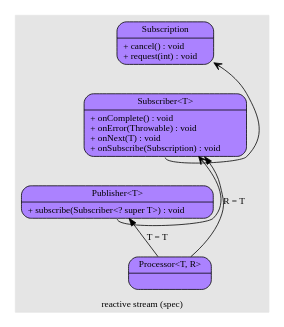
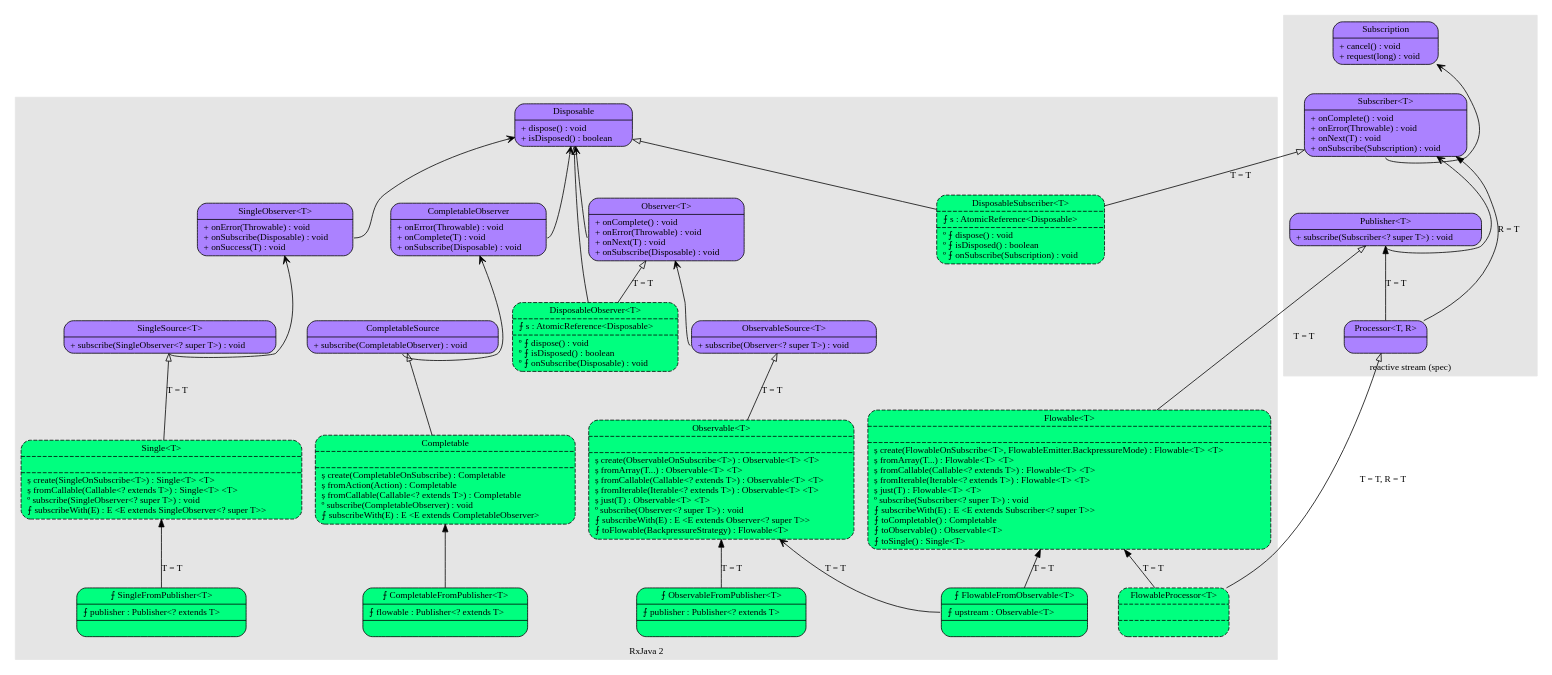
Before and after one commit to chris0103/spider-net: the diagram in reactive/rxjava2.dot, drawn with Graphviz. The commit also changed 1 other file, not shown here.

```diff
--- a/reactive/rxjava2.dot
+++ b/reactive/rxjava2.dot
@@ -1,48 +1,97 @@
 digraph reactive {
 	rankdir = BT;
     fontname = "Verdana";
     fontsize = 12;
     node [fontname = "Verdana", fontsize = 12, shape = "record"];
     edge [fontname = "Verdana", fontsize = 12];
     
 	subgraph cluster25 {
 		label = "reactive stream (spec)";
 		style = filled;
 		color = grey90;
 		Processor [label = "{<f0>Processor&lt;T, R&gt;|}", style = "rounded, filled", fillcolor = "mediumpurple1"];
 		Publisher [label = "{<f0>Publisher&lt;T&gt;|<f2>+ subscribe(Subscriber&lt;? super T&gt;) : void\l}", style = "rounded, filled", fillcolor = "mediumpurple1"];
 		Subscriber [label = "{<f0>Subscriber&lt;T&gt;|<f2>+ onComplete() : void\l+ onError(Throwable) : void\l+ onNext(T) : void\l+ onSubscribe(Subscription) : void\l}", style = "rounded, filled", fillcolor = "mediumpurple1"];
-		Subscription [label = "{<f0>Subscription|<f2>+ cancel() : void\l+ request(int) : void\l}", style = "rounded, filled", fillcolor = "mediumpurple1"];
+		Subscription [label = "{<f0>Subscription|<f2>+ cancel() : void\l+ request(long) : void\l}", style = "rounded, filled", fillcolor = "mediumpurple1"];
 	}
 	
 	subgraph cluster75 {
-		label = "";
+		label = "RxJava 2";
 		style = filled;
 		color = grey90;
+		Completable [label = "{<f0>Completable|<f1>|<f2>&#537; create(CompletableOnSubscribe) : Completable\l&#537; fromAction(Action) : Completable\l&#537; fromCallable(Callable&lt;? extends T&gt;) : Completable\l&#186; subscribe(CompletableObserver) : void\l&#10765; subscribeWith(E) : E &lt;E extends CompletableObserver&gt;\l}", style = "rounded, filled, dashed", fillcolor = "springgreen"];
+		CompletableFromPublisher [label = "{<f0>&#10765; CompletableFromPublisher&lt;T&gt;|<f1>&#10765; flowable : Publisher&lt;? extends T&gt;\l|<f2>}", style = "rounded, filled", fillcolor = "springgreen"];
+		CompletableObserver [label = "{<f0>CompletableObserver|<f2>+ onError(Throwable) : void\l+ onComplete(T) : void\l+ onSubscribe(Disposable) : void\l}", style = "rounded, filled", fillcolor = "mediumpurple1"];
+		CompletableSource [label = "{<f0>CompletableSource|<f2>+ subscribe(CompletableObserver) : void\l}", style = "rounded, filled", fillcolor = "mediumpurple1"];
+		Disposable [label = "{<f0>Disposable|<f2>+ dispose() : void\l+ isDisposed() : boolean\l}", style = "rounded, filled", fillcolor = "mediumpurple1"];
+		DisposableObserver [label = "{<f0>DisposableObserver&lt;T&gt;|<f1>&#10765; s : AtomicReference&lt;Disposable&gt;\l|<f2>&#186; &#10765; dispose() : void\l&#186; &#10765; isDisposed() : boolean\l&#186; &#10765; onSubscribe(Disposable) : void\l}", style = "rounded, filled, dashed", fillcolor = "springgreen"];
+		DisposableSubscriber [label = "{<f0>DisposableSubscriber&lt;T&gt;|<f1>&#10765; s : AtomicReference&lt;Disposable&gt;\l|<f2>&#186; &#10765; dispose() : void\l&#186; &#10765; isDisposed() : boolean\l&#186; &#10765; onSubscribe(Subscription) : void\l}", style = "rounded, filled, dashed", fillcolor = "springgreen"];
+		Flowable [label = "{<f0>Flowable&lt;T&gt;|<f1>|<f2>&#537; create(FlowableOnSubscribe&lt;T&gt;, FlowableEmitter.BackpressureMode) : Flowable&lt;T&gt; &lt;T&gt;\l&#537; fromArray(T...) : Flowable&lt;T&gt; &lt;T&gt;\l&#537; fromCallable(Callable&lt;? extends T&gt;) : Flowable&lt;T&gt; &lt;T&gt;\l&#537; fromIterable(Iterable&lt;? extends T&gt;) : Flowable&lt;T&gt; &lt;T&gt;\l&#537; just(T) : Flowable&lt;T&gt; &lt;T&gt;\l&#186; subscribe(Subscriber&lt;? super T&gt;) : void\l&#10765; subscribeWith(E) : E &lt;E extends Subscriber&lt;? super T&gt;&gt;\l&#10765; toCompletable() : Completable\l&#10765; toObservable() : Observable&lt;T&gt;\l&#10765; toSingle() : Single&lt;T&gt;\l}", style = "rounded, filled, dashed", fillcolor = "springgreen"];
+		FlowableFromObservables [label = "{<f0>&#10765; FlowableFromObservable&lt;T&gt;|<f1>&#10765; upstream : Observable&lt;T&gt;\l|<f2>}", style = "rounded, filled", fillcolor = "springgreen"];
+		FlowableProcessor [label = "{<f0>FlowableProcessor&lt;T&gt;|<f1>|<f2>}", style = "rounded, filled, dashed", fillcolor = "springgreen"];
+		Observable [label = "{<f0>Observable&lt;T&gt;|<f1>|<f2>&#537; create(ObservableOnSubscribe&lt;T&gt;) : Observable&lt;T&gt; &lt;T&gt;\l&#537; fromArray(T...) : Observable&lt;T&gt; &lt;T&gt;\l&#537; fromCallable(Callable&lt;? extends T&gt;) : Observable&lt;T&gt; &lt;T&gt;\l&#537; fromIterable(Iterable&lt;? extends T&gt;) : Observable&lt;T&gt; &lt;T&gt;\l&#537; just(T) : Observable&lt;T&gt; &lt;T&gt;\l&#186; subscribe(Observer&lt;? super T&gt;) : void\l&#10765; subscribeWith(E) : E &lt;E extends Observer&lt;? super T&gt;&gt;\l&#10765; toFlowable(BackpressureStrategy) : Flowable&lt;T&gt;\l}", style = "rounded, filled, dashed", fillcolor = "springgreen"];
+		ObservableFromPublisher [label = "{<f0>&#10765; ObservableFromPublisher&lt;T&gt;|<f1>&#10765; publisher : Publisher&lt;? extends T&gt;\l|<f2>}", style = "rounded, filled", fillcolor = "springgreen"];
+		ObservableSource [label = "{<f0>ObservableSource&lt;T&gt;|<f2>+ subscribe(Observer&lt;? super T&gt;) : void\l}", style = "rounded, filled", fillcolor = "mediumpurple1"];
+		Observer [label = "{<f0>Observer&lt;T&gt;|<f2>+ onComplete() : void\l+ onError(Throwable) : void\l+ onNext(T) : void\l+ onSubscribe(Disposable) : void\l}", style = "rounded, filled", fillcolor = "mediumpurple1"];
+		Single [label = "{<f0>Single&lt;T&gt;|<f1>|<f2>&#537; create(SingleOnSubscribe&lt;T&gt;) : Single&lt;T&gt; &lt;T&gt;\l&#537; fromCallable(Callable&lt;? extends T&gt;) : Single&lt;T&gt; &lt;T&gt;\l&#186; subscribe(SingleObserver&lt;? super T&gt;) : void\l&#10765; subscribeWith(E) : E &lt;E extends SingleObserver&lt;? super T&gt;&gt;\l}", style = "rounded, filled, dashed", fillcolor = "springgreen"];
+		SingleFromPublisher [label = "{<f0>&#10765; SingleFromPublisher&lt;T&gt;|<f1>&#10765; publisher : Publisher&lt;? extends T&gt;\l|<f2>}", style = "rounded, filled", fillcolor = "springgreen"];
+		SingleObserver [label = "{<f0>SingleObserver&lt;T&gt;|<f2>+ onError(Throwable) : void\l+ onSubscribe(Disposable) : void\l+ onSuccess(T) : void\l}", style = "rounded, filled", fillcolor = "mediumpurple1"];
+		SingleSource [label = "{<f0>SingleSource&lt;T&gt;|<f2>+ subscribe(SingleObserver&lt;? super T&gt;) : void\l}", style = "rounded, filled", fillcolor = "mediumpurple1"];
 	}
 	
 	/*
 	subgraph cluster00 {
 		label = "";
 		style = filled;
 		color = grey90;
 	}
 	
 	// item_name [label = "item_lable", style = "filled", fillcolor = "palegreen"];
 	// record_name [shape = "record", label = "{{<f0>interface|{<f10>(other implementers)}}|(other methods)}"];
 	// interface_minor [shape = "plaintext", label = "Interface_minor"];
 	// interface [label = "{<f0>Interface|<f2>+ method() : return_type\l}", style = "rounded, filled", fillcolor = "mediumpurple1"];
 	// abstract_class [label = "{<f0>Abstract_Class|<f1>+ field1 : type\l+ field2 : type\l|<f2>&#170; abstract_method() : return_type\l&#537; static_method() : return_type\l+ method() : return_type\l}", style = "rounded, filled, dashed", fillcolor = "springgreen"];
 	// class [label = "{<f0>Class|<f1>+ field1 : type\l+ field2 : type\l&#10765; final_field : type\l&#537; static_field : type\l|<f2>+ method() : return_type\l&#537; static_method() : return_type\l&#186; overriden_method() : return_type\l}", style = "rounded, filled", fillcolor = "springgreen"];
 	*/
 	
 	// Implementation -> Interface [arrowhead = "empty"];
 	// Subclass -> Class;	
 	// Referer -> Referee [arrowhead = "vee"];
 	// Implementation -> InterfaceMinor [arrowhead = "odot"];	
 	
 	Processor -> Publisher [label = "T = T"];
 	Processor -> Subscriber [label = "R = T"];
 	Publisher:f2 -> Subscriber [arrowhead = "vee"];
 	Subscriber:f2 -> Subscription [arrowhead = "vee"];
+	
+	Flowable -> Publisher [arrowhead = "empty", label = "T = T"];
+	FlowableProcessor -> Flowable [label = "T = T"];
+	FlowableProcessor -> Processor [arrowhead = "empty", label = "T = T, R = T"];
+	
+	FlowableFromObservables -> Flowable [label = "T = T"];
+	FlowableFromObservables:f1 -> Observable [arrowhead = "vee", label = "T = T"];
+	
+	// observable
+	ObservableSource:f2 -> Observer [arrowhead = "vee"];
+	Observer:f2 -> Disposable [arrowhead = "vee"];
+	Observable -> ObservableSource [arrowhead = "empty", label = "T = T"];
+	ObservableFromPublisher -> Observable [label = "T = T"];
+	
+	// single
+	SingleSource:f2 -> SingleObserver [arrowhead = "vee"];
+	SingleObserver:f2 -> Disposable [arrowhead = "vee"];
+	Single -> SingleSource [arrowhead = "empty", label = "T = T"];
+	SingleFromPublisher -> Single [label = "T = T"];
+	
+	// completable
+	CompletableSource:f2 -> CompletableObserver [arrowhead = "vee"];
+	CompletableObserver:f2 -> Disposable [arrowhead = "vee"];
+	Completable -> CompletableSource [arrowhead = "empty"];
+	CompletableFromPublisher -> Completable;
+	
+	// disposables
+	DisposableObserver -> Observer [arrowhead = "empty", label = "T = T"];
+	DisposableObserver -> Disposable [arrowhead = "empty"];
+	DisposableSubscriber -> Subscriber [arrowhead = "empty", label = "T = T"];
+	DisposableSubscriber -> Disposable [arrowhead = "empty"];
 }
```
